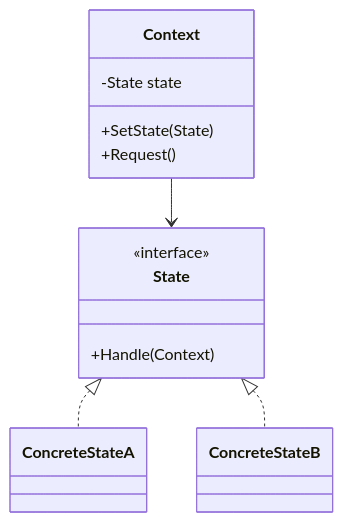
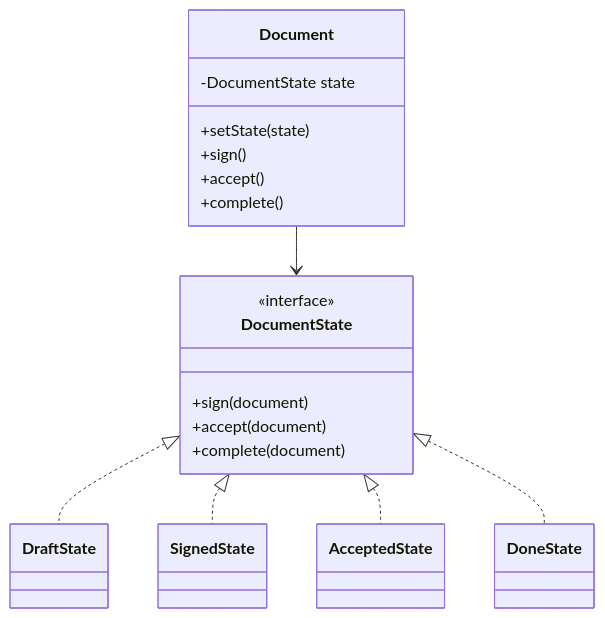
The fourth of 9 diagrams in lectures/Lec5/vitepress.md (Kert0n/KPO), drawn with Mermaid before and after one commit. The commit also changed other lines of this file and 9 other files, not shown here.

````diff
--- a/lectures/Lec5/vitepress.md
+++ b/lectures/Lec5/vitepress.md
@@ -367,17 +394,28 @@
 ```mermaid
 classDiagram
-    class Context {
-        -State state
-        +SetState(State)
-        +Request()
-    }
-    class State {
-        <<interface>>
-        +Handle(Context)
-    }
-    class ConcreteStateA
-    class ConcreteStateB
-    Context --> State
-    State <|.. ConcreteStateA
-    State <|.. ConcreteStateB
+  class Document {
+    -DocumentState state
+    +setState(state)
+    +sign()
+    +accept()
+    +complete()
+  }
+
+  class DocumentState {
+    <<interface>>
+    +sign(document)
+    +accept(document)
+    +complete(document)
+  }
+
+  class DraftState
+  class SignedState
+  class AcceptedState
+  class DoneState
+
+  Document --> DocumentState
+  DocumentState <|.. DraftState
+  DocumentState <|.. SignedState
+  DocumentState <|.. AcceptedState
+  DocumentState <|.. DoneState
 ```
````
